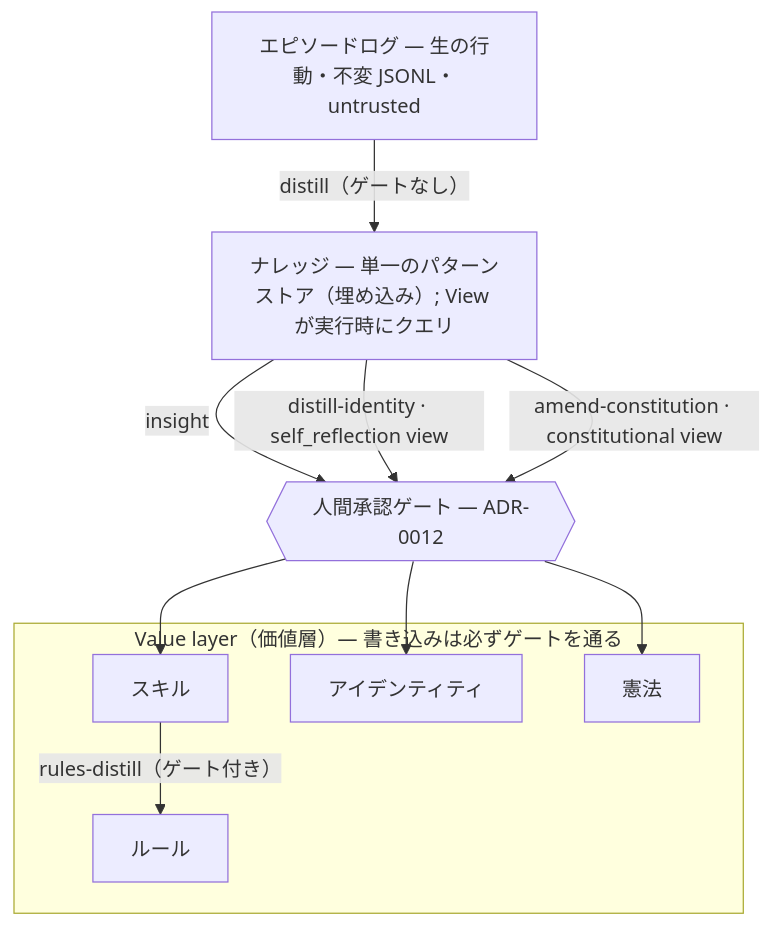
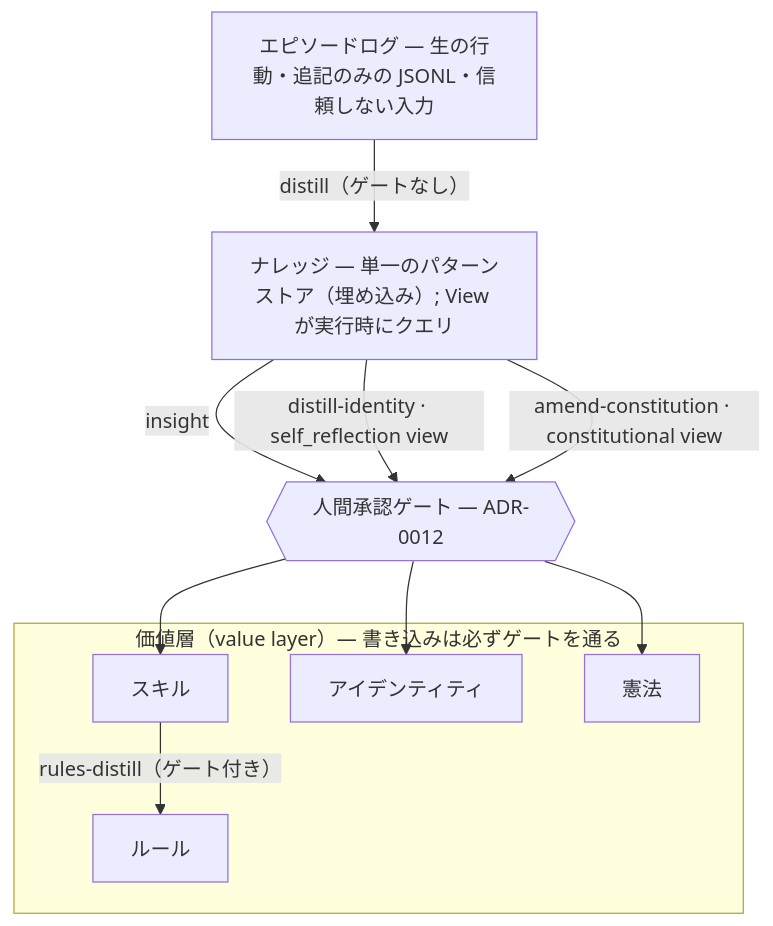
One commit to shimo4228/contemplative-agent changed the diagram in README.ja.md. Above: the diagram before and after it, drawn with Mermaid. The commit also changed other lines of this file and 1 other file, not shown here.

````diff
--- a/README.ja.md
+++ b/README.ja.md
@@ -44,18 +46,18 @@
 ```mermaid
 graph TD
-    EL["エピソードログ — 生の行動・不変 JSONL・untrusted"]
+    EL["エピソードログ — 生の行動・追記のみの JSONL・信頼しない入力"]
     K["ナレッジ — 単一のパターンストア（埋め込み）; View が実行時にクエリ"]
     G{{"人間承認ゲート — ADR-0012"}}
     EL -->|"distill（ゲートなし）"| K
     K -->|insight| G
     K -->|"distill-identity · self_reflection view"| G
     K -->|"amend-constitution · constitutional view"| G
-    subgraph VL["Value layer（価値層）— 書き込みは必ずゲートを通る"]
+    subgraph VL["価値層（value layer）— 書き込みは必ずゲートを通る"]
         Skills["スキル"] -->|"rules-distill（ゲート付き）"| Rules["ルール"]
         Identity["アイデンティティ"]
         Constitution["憲法"]
     end
     G --> Skills
     G --> Identity
     G --> Constitution
 ```
````
